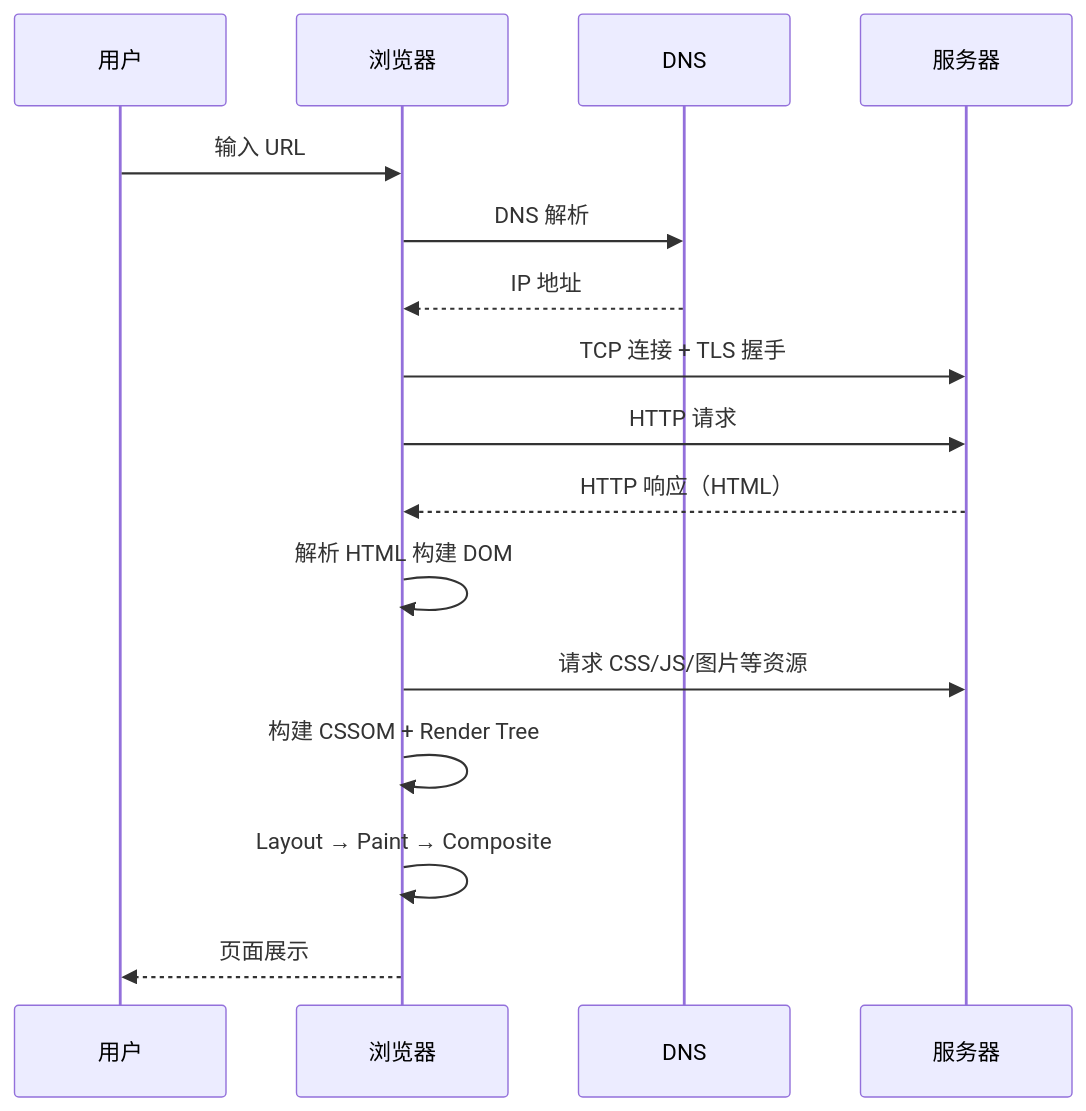
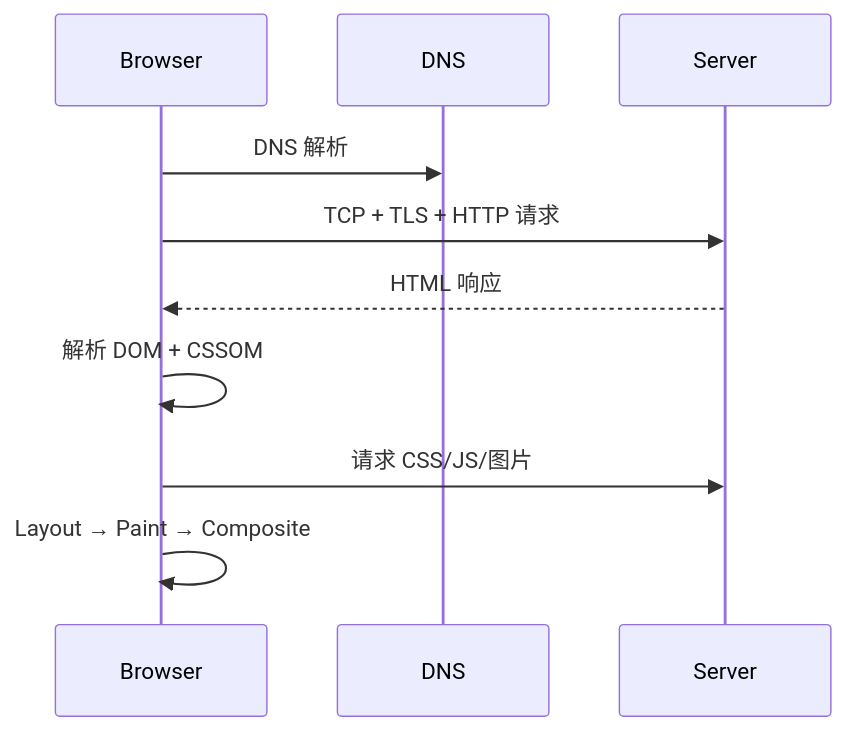
The first of 3 diagrams in 01-基础内功/01-浏览器工作原理.md (c-builder/study), drawn with Mermaid before and after one commit. The commit also changed other lines of this file and 28 other files, not shown here.

````diff
--- a/01-基础内功/01-浏览器工作原理.md
+++ b/01-基础内功/01-浏览器工作原理.md
@@ -26,19 +40,13 @@
 ```mermaid
 sequenceDiagram
-    participant User as 用户
-    participant Browser as 浏览器
-    participant DNS as DNS
-    participant Server as 服务器
+    participant Browser
+    participant DNS
+    participant Server
 
-    User->>Browser: 输入 URL
     Browser->>DNS: DNS 解析
-    DNS-->>Browser: IP 地址
-    Browser->>Server: TCP 连接 + TLS 握手
-    Browser->>Server: HTTP 请求
-    Server-->>Browser: HTTP 响应（HTML）
-    Browser->>Browser: 解析 HTML 构建 DOM
-    Browser->>Server: 请求 CSS/JS/图片等资源
-    Browser->>Browser: 构建 CSSOM + Render Tree
+    Browser->>Server: TCP + TLS + HTTP 请求
+    Server-->>Browser: HTML 响应
+    Browser->>Browser: 解析 DOM + CSSOM
+    Browser->>Server: 请求 CSS/JS/图片
     Browser->>Browser: Layout → Paint → Composite
-    Browser-->>User: 页面展示
 ```
````
